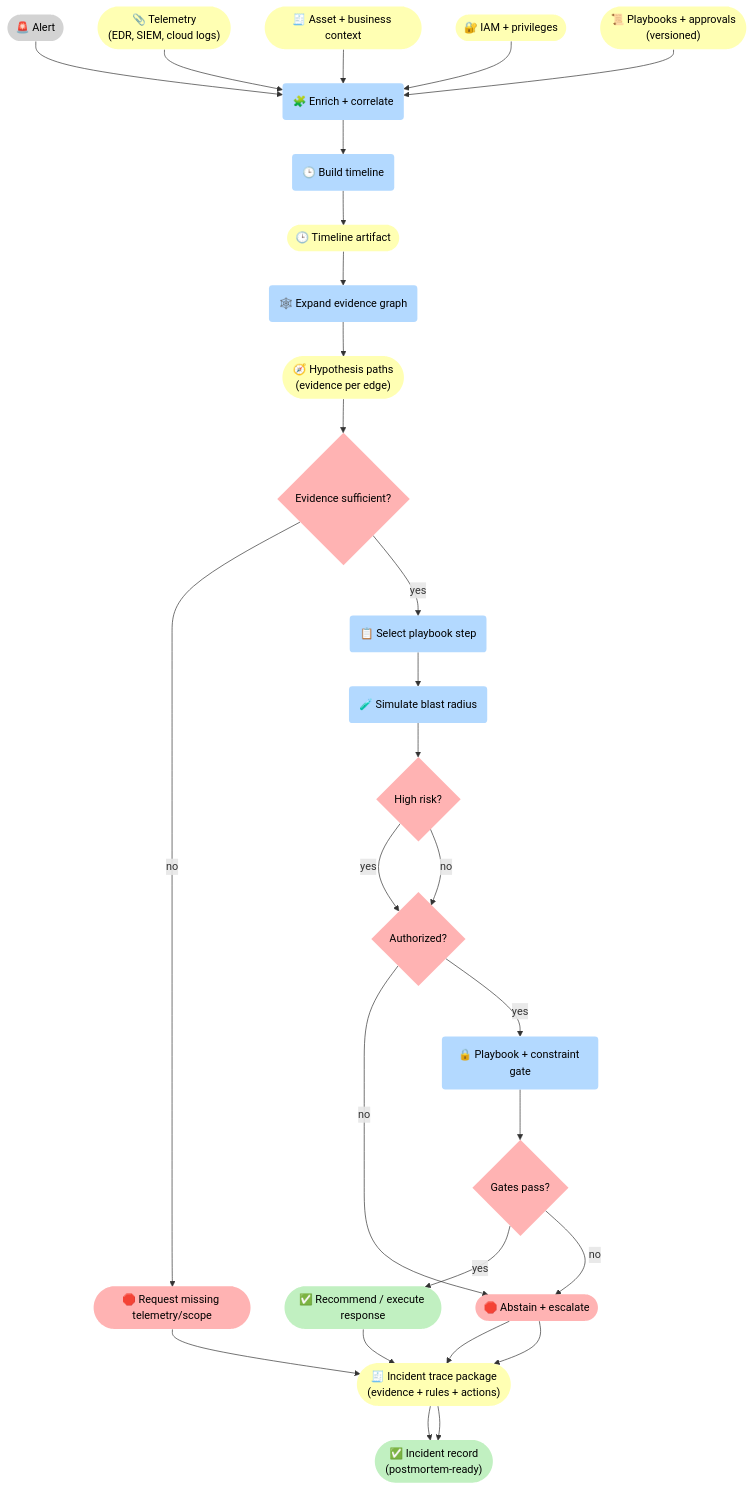
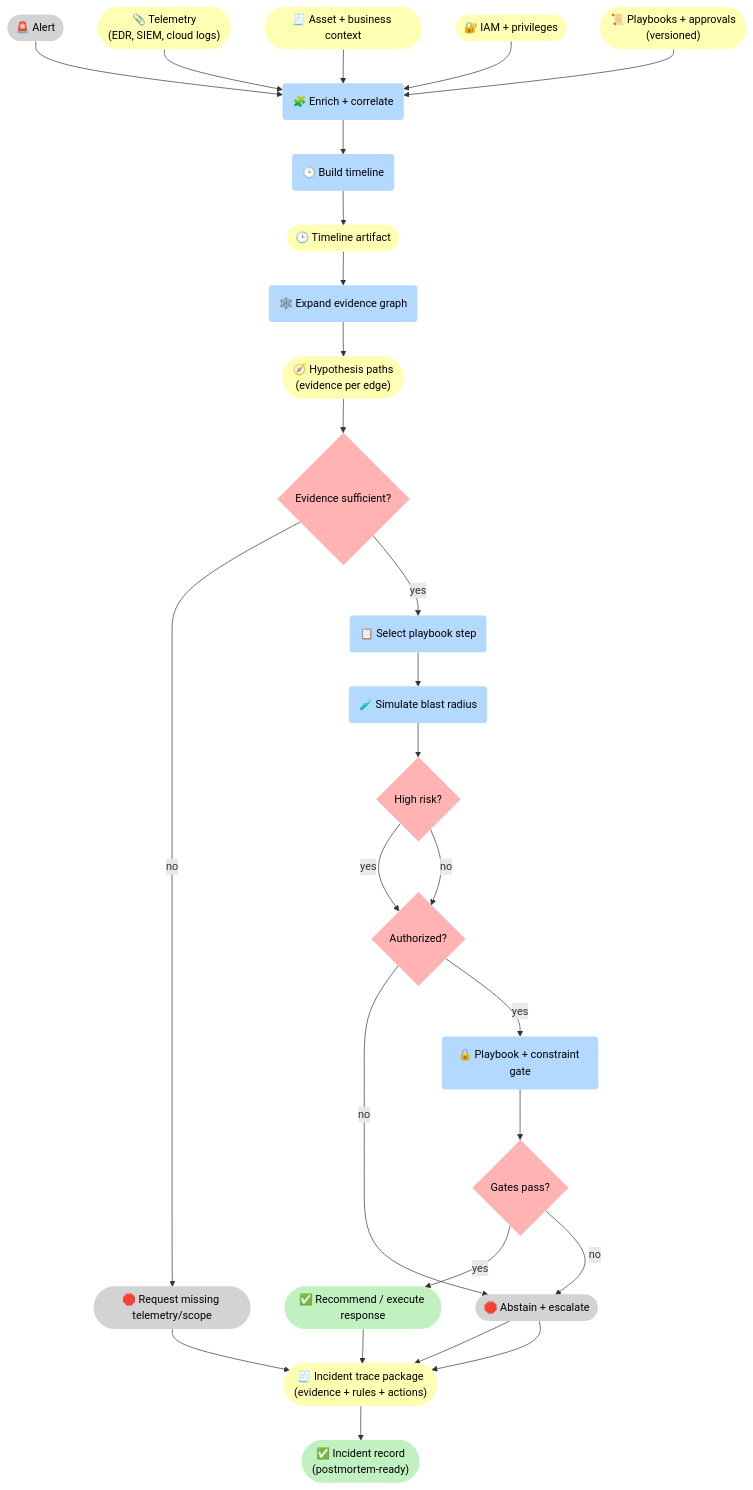
Before and after one commit to 5Reasons/5reasons.github.io: the first of 3 diagrams in docs/case-studies/cybersecurity.md, drawn with Mermaid. The commit also changed other lines of this file and 14 other files, not shown here.

First line of the commit message:
Refactor diagrams and improve clarity in blog posts and case studies

````diff
--- a/docs/case-studies/cybersecurity.md
+++ b/docs/case-studies/cybersecurity.md
@@ -60,61 +60,61 @@
 ```mermaid
 flowchart TB
 %% Styles (brModel Standard)
 classDef i fill:#D3D3D3,stroke-width:0px,color:#000;
 classDef p fill:#B3D9FF,stroke-width:0px,color:#000;
 classDef r fill:#FFFFB3,stroke-width:0px,color:#000;
 classDef o fill:#C1F0C1,stroke-width:0px,color:#000;
 classDef s fill:#FFB3B3,stroke-width:0px,color:#000;
 
 I_A(["🚨 Alert"]):::i
 
 R_Tel(["📎 Telemetry<br>(EDR, SIEM, cloud logs)"]):::r
 R_Asset(["🧾 Asset + business context"]):::r
 R_IAM(["🔐 IAM + privileges"]):::r
 R_PB(["📜 Playbooks + approvals<br>(versioned)"]):::r
 
 P_Enr("🧩 Enrich + correlate"):::p
 P_TL("🕒 Build timeline"):::p
 R_TL(["🕒 Timeline artifact"]):::r
 
 P_E("🕸️ Expand evidence graph"):::p
 R_Path(["🧭 Hypothesis paths<br>(evidence per edge)"]):::r
 G_Ev{"Evidence sufficient?"}:::s
-S_Req(["🛑 Request missing telemetry/scope"]):::s
+S_Req(["🛑 Request missing telemetry/scope"]):::i
 
 P_Sel("📋 Select playbook step"):::p
 P_Sim("🧪 Simulate blast radius"):::p
 G_Risk{"High risk?"}:::s
 G_Auth{"Authorized?"}:::s
 
 P_G("🔒 Playbook + constraint gate"):::p
 G_OK{"Gates pass?"}:::s
 
 O_R(["✅ Recommend / execute response"]):::o
-S_X(["🛑 Abstain + escalate"]):::s
+S_X(["🛑 Abstain + escalate"]):::i
 R_T(["🧾 Incident trace package<br>(evidence + rules + actions)"]):::r
 O_IR(["✅ Incident record<br>(postmortem-ready)"]):::o
 
 I_A --> P_Enr
 R_Tel --> P_Enr
 R_Asset --> P_Enr
 R_IAM --> P_Enr
 R_PB --> P_Enr
 
 P_Enr --> P_TL --> R_TL --> P_E --> R_Path --> G_Ev
 G_Ev -->|"no"| S_Req --> R_T
 G_Ev -->|"yes"| P_Sel --> P_Sim --> G_Risk
 
 G_Risk -->|"yes"| G_Auth
 G_Risk -->|"no"| G_Auth
 
 G_Auth -->|"no"| S_X --> R_T
 G_Auth -->|"yes"| P_G --> G_OK
 
 G_OK -->|"yes"| O_R --> R_T --> O_IR
-G_OK -->|"no"| S_X --> R_T --> O_IR
+G_OK -->|"no"| S_X --> R_T
 
 %% Clickable nodes
 click P_G "/methodology/constraints/" "Constraints & SHACL"
 click P_E "/methodology/causalgraphrag/" "CausalGraphRAG"
 ```
````
